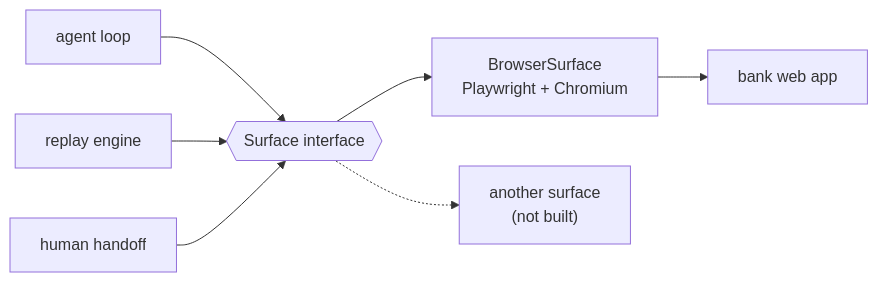
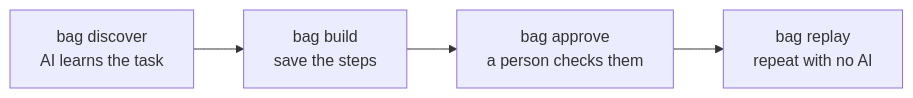
One commit to atharvakulkarni22/bankautomategpt changed the diagram in README.md. Above: the diagram before and after it, drawn with Mermaid. The commit also changed other lines of this file, not shown here.

````diff
--- a/README.md
+++ b/README.md
@@ -286,10 +7,6 @@
 ```mermaid
 flowchart LR
-    agent["agent loop"] --> S
-    replay["replay engine"] --> S
-    handoff["human handoff"] --> S
-    S{{"Surface interface"}}
-    S --> B["BrowserSurface<br/>Playwright + Chromium"]
-    S -.-> D["another surface<br/>(not built)"]
-    B --> app["bank web app"]
+    A["bag discover<br/>AI learns the task"] --> B["bag build<br/>save the steps"]
+    B --> C["bag approve<br/>a person checks them"]
+    C --> D["bag replay<br/>repeat with no AI"]
 ```
````
